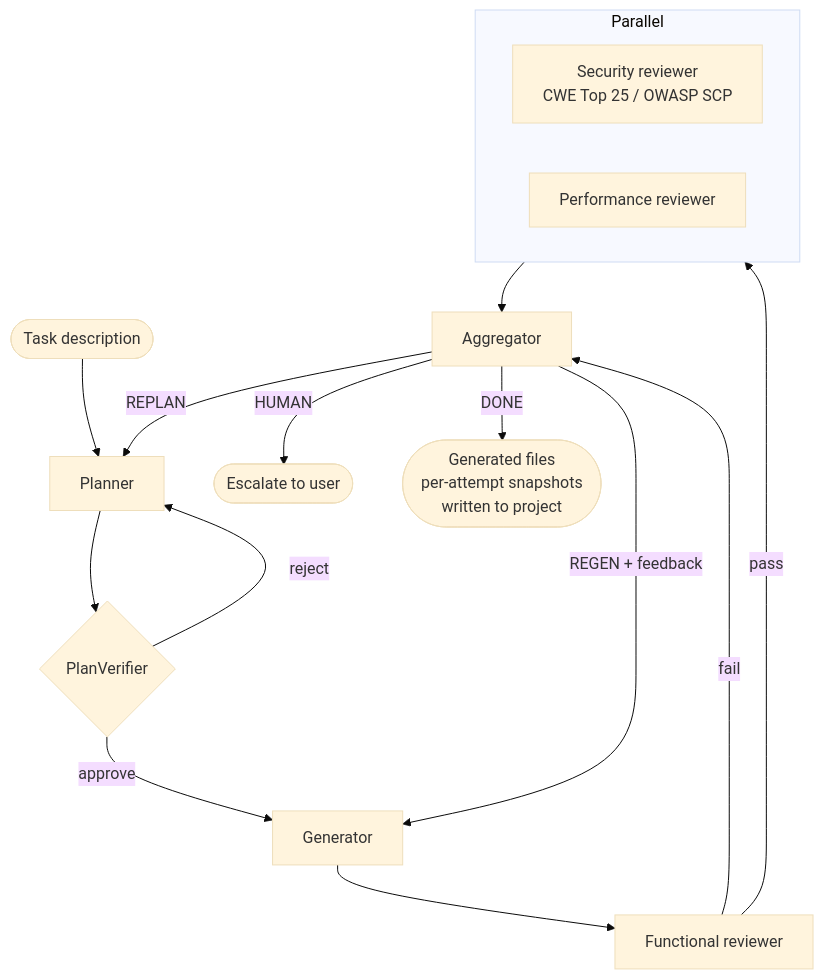
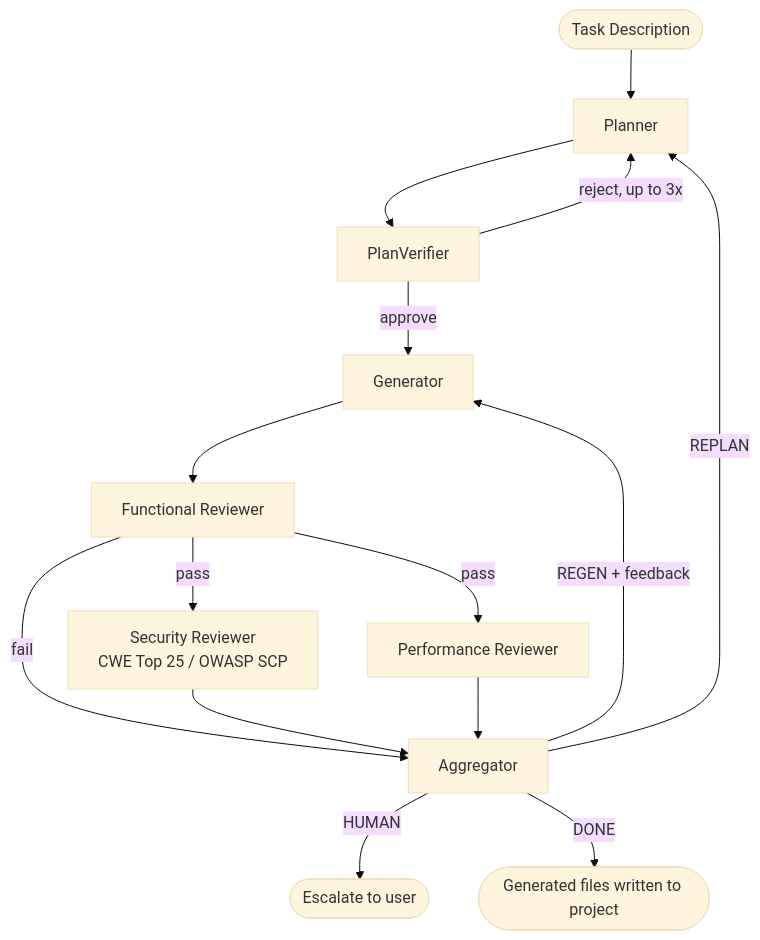
Before and after one commit to keyanUB/AspectCoder: the diagram in README.md, drawn with Mermaid (base theme).

Commit message:
docs: simplify Mermaid pipeline diagram layout

````diff
--- a/README.md
+++ b/README.md
@@ -21,23 +21,18 @@
 ```mermaid
 flowchart TD
-    A([Task description]) --> B[Planner]
-    B --> C{PlanVerifier}
-    C -- reject --> B
-    C -- approve --> D[Generator]
-    D --> E[Functional reviewer]
-
-    E -- fail --> AGG
-    E -- pass --> F
-
-    subgraph F[Parallel]
-        G[Security reviewer\nCWE Top 25 / OWASP SCP]
-        H[Performance reviewer]
-    end
-
-    F --> AGG[Aggregator]
-
-    AGG -- REGEN + feedback --> D
-    AGG -- REPLAN --> B
-    AGG -- HUMAN --> HU([Escalate to user])
-    AGG -- DONE --> OUT([Generated files\nper-attempt snapshots\nwritten to project])
+    A([Task Description]) --> B[Planner]
+    B --> C[PlanVerifier]
+    C -->|reject, up to 3x| B
+    C -->|approve| D[Generator]
+    D --> E[Functional Reviewer]
+    E -->|fail| AGG[Aggregator]
+    E -->|pass| SEC["Security Reviewer
+    CWE Top 25 / OWASP SCP"]
+    E -->|pass| PERF[Performance Reviewer]
+    SEC --> AGG
+    PERF --> AGG
+    AGG -->|REGEN + feedback| D
+    AGG -->|REPLAN| B
+    AGG -->|HUMAN| HU([Escalate to user])
+    AGG -->|DONE| OUT([Generated files written to project])
 ```
````
